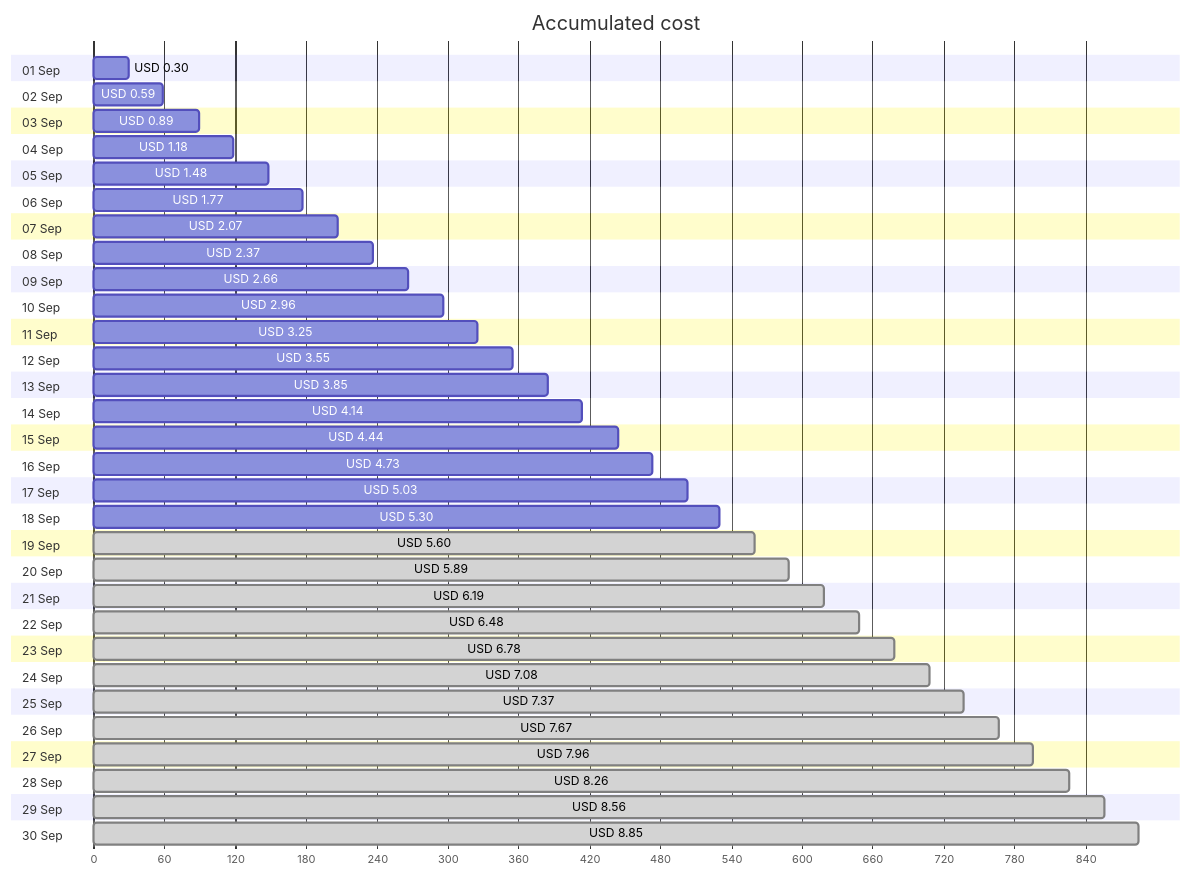
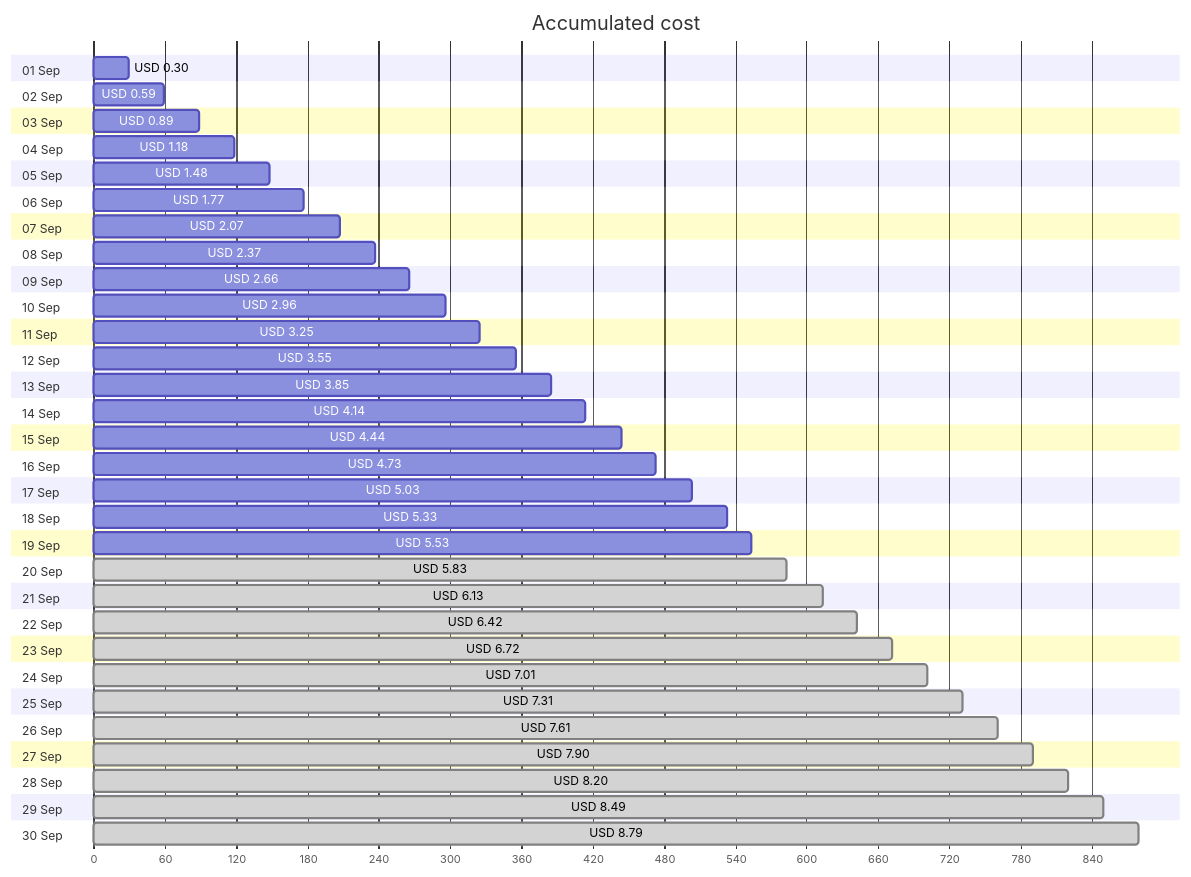
One commit to jpfulton/azure-personal-reports changed the first of 4 diagrams in cost-reports/personal-site/personal-site-preview.md. Above: the diagram before and after it, drawn with Mermaid. The commit also changed other lines of this file and 7 other files, not shown here.

````diff
--- a/cost-reports/personal-site/personal-site-preview.md
+++ b/cost-reports/personal-site/personal-site-preview.md
@@ -20,66 +20,66 @@
 ```mermaid
 gantt
    title Accumulated cost
    dateFormat  X
    axisFormat %s
    section 01 Sep
    USD 0.30 :0, 30
    section 02 Sep
    USD 0.59 :0, 59
    section 03 Sep
    USD 0.89 :0, 89
    section 04 Sep
    USD 1.18 :0, 118
    section 05 Sep
    USD 1.48 :0, 148
    section 06 Sep
    USD 1.77 :0, 177
    section 07 Sep
    USD 2.07 :0, 207
    section 08 Sep
    USD 2.37 :0, 237
    section 09 Sep
    USD 2.66 :0, 266
    section 10 Sep
    USD 2.96 :0, 296
    section 11 Sep
    USD 3.25 :0, 325
    section 12 Sep
    USD 3.55 :0, 355
    section 13 Sep
    USD 3.85 :0, 385
    section 14 Sep
    USD 4.14 :0, 414
    section 15 Sep
    USD 4.44 :0, 444
    section 16 Sep
    USD 4.73 :0, 473
    section 17 Sep
    USD 5.03 :0, 503
    section 18 Sep
-   USD 5.30 :0, 530
+   USD 5.33 :0, 533
    section 19 Sep
-   USD 5.60 : done, 0, 560
+   USD 5.53 :0, 553
    section 20 Sep
-   USD 5.89 : done, 0, 589
+   USD 5.83 : done, 0, 583
    section 21 Sep
-   USD 6.19 : done, 0, 619
+   USD 6.13 : done, 0, 613
    section 22 Sep
-   USD 6.48 : done, 0, 648
+   USD 6.42 : done, 0, 642
    section 23 Sep
-   USD 6.78 : done, 0, 678
+   USD 6.72 : done, 0, 672
    section 24 Sep
-   USD 7.08 : done, 0, 708
+   USD 7.01 : done, 0, 701
    section 25 Sep
-   USD 7.37 : done, 0, 737
+   USD 7.31 : done, 0, 731
    section 26 Sep
-   USD 7.67 : done, 0, 767
+   USD 7.61 : done, 0, 761
    section 27 Sep
-   USD 7.96 : done, 0, 796
+   USD 7.90 : done, 0, 790
    section 28 Sep
-   USD 8.26 : done, 0, 826
+   USD 8.20 : done, 0, 820
    section 29 Sep
-   USD 8.56 : done, 0, 856
+   USD 8.49 : done, 0, 849
    section 30 Sep
-   USD 8.85 : done, 0, 885
+   USD 8.79 : done, 0, 879
 ```
````
